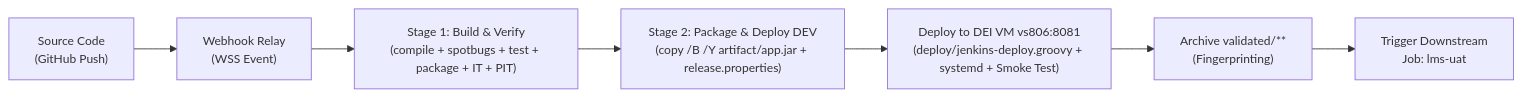
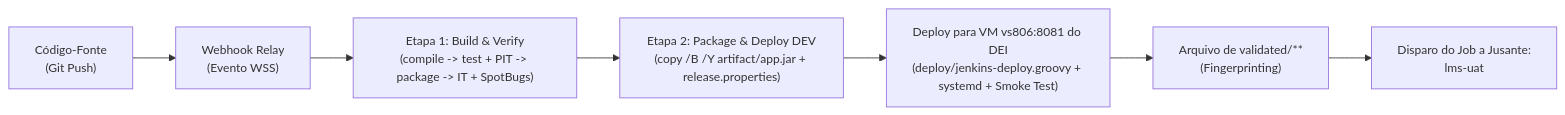
Before and after one commit to RafaelBrandao04/psoft-project-2026-1: the diagram in Docs/ODSOFT/pipeline/ci-build-and-code-analysis.md, drawn with Mermaid. The commit also changed other lines of this file and 11 other files, not shown here.

````diff
--- a/Docs/ODSOFT/pipeline/ci-build-and-code-analysis.md
+++ b/Docs/ODSOFT/pipeline/ci-build-and-code-analysis.md
@@ -24,10 +24,10 @@
 ```mermaid
 %%{init: {'themeVariables': { 'fontSize': '14px' }, 'flowchart': { 'subGraphTitleMargin': { 'top': 15, 'bottom': 20 } } } }%%
 flowchart LR
-    SRC["Source Code<br/>(GitHub Push)"] --> WR["Webhook Relay<br/>(WSS Event)"]
-    WR --> STAGE1["Stage 1: Build & Verify<br/>(compile + spotbugs + test + package + IT + PIT)"]
-    STAGE1 --> STAGE2["Stage 2: Package & Deploy DEV<br/>(copy /B /Y artifact/app.jar + release.properties)"]
-    STAGE2 --> SSH["Deploy to DEI VM vs806:8081<br/>(deploy/jenkins-deploy.groovy + systemd + Smoke Test)"]
-    SSH --> ARCHIVE["Archive validated/**<br/>(Fingerprinting)"]
-    ARCHIVE --> UAT["Trigger Downstream<br/>Job: lms-uat"]
+    SRC["Código-Fonte<br/>(Git Push)"] --> WR["Webhook Relay<br/>(Evento WSS)"]
+    WR --> STAGE1["Etapa 1: Build & Verify<br/>(compile -> test + PIT -> package -> IT + SpotBugs)"]
+    STAGE1 --> STAGE2["Etapa 2: Package & Deploy DEV<br/>(copy /B /Y artifact/app.jar + release.properties)"]
+    STAGE2 --> SSH["Deploy para VM vs806:8081 do DEI<br/>(deploy/jenkins-deploy.groovy + systemd + Smoke Test)"]
+    SSH --> ARCHIVE["Arquivo de validated/**<br/>(Fingerprinting)"]
+    ARCHIVE --> UAT["Disparo do Job a Jusante:<br/>lms-uat"]
 ```
````
